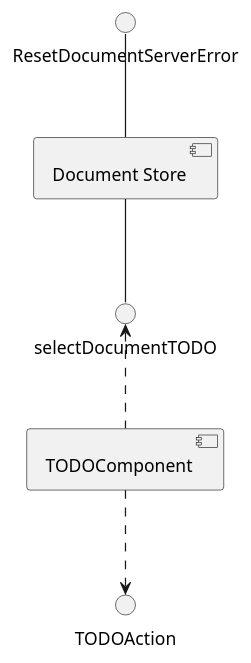
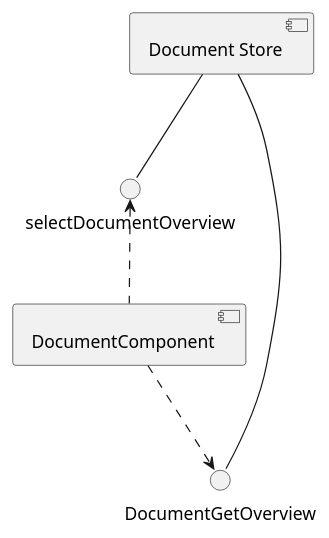
The sixth of 14 diagrams in documentation/puml/angular.puml (HISPAMUS/muret), drawn with PlantUML before and after one commit. The commit also changed other lines of this file and 41 other files, not shown here.

Commit message:
Document overview

```diff
--- a/documentation/puml/angular.puml
+++ b/documentation/puml/angular.puml
@@ -146,10 +146,10 @@
 @startuml document_store_component
     [Document Store]
-    ResetDocumentServerError -- [Document Store]
+    DocumentGetOverview -- [Document Store]
 
-    [Document Store] -- selectDocumentTODO
+    [Document Store] -- selectDocumentOverview
 
-    [TODOComponent] ..> TODOAction
+    [DocumentComponent] ..> DocumentGetOverview
 
-    selectDocumentTODO <.. [TODOComponent]
+    selectDocumentOverview <.. [DocumentComponent]
 @enduml
```
